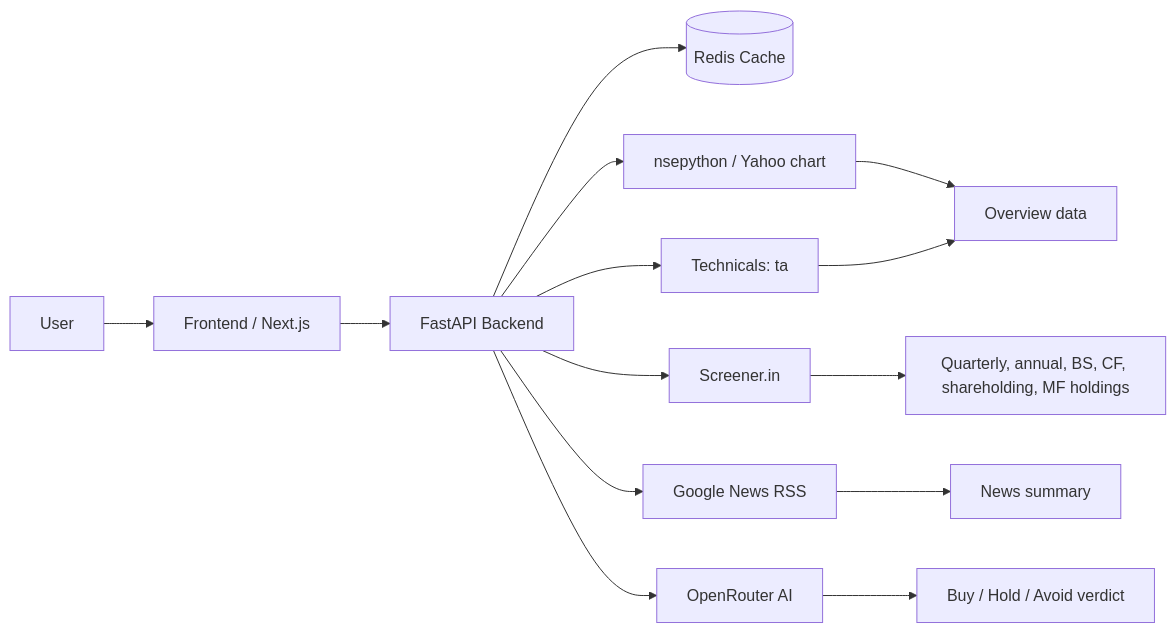
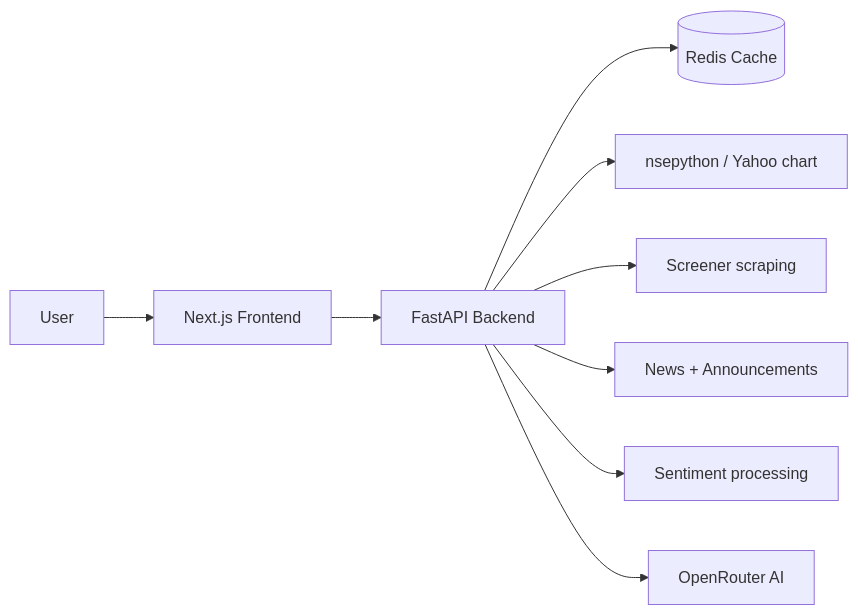
Before and after one commit to Pratham-r05/Stocxi.ai: the diagram in README.md, drawn with Mermaid. The commit also changed other lines of this file and 92 other files, not shown here.

````diff
--- a/README.md
+++ b/README.md
@@ -26,16 +39,11 @@
 ```mermaid
 flowchart LR
-	U[User] --> F[Frontend / Next.js]
-	F --> A[FastAPI Backend]
-	A --> R[(Redis Cache)]
-	A --> P[nsepython / Yahoo chart]
-	A --> S[Screener.in]
-	A --> T[Technicals: ta]
-	A --> N[Google News RSS]
-	A --> C[OpenRouter AI]
-	S --> M[Quarterly, annual, BS, CF, shareholding, MF holdings]
-	P --> O[Overview data]
-	T --> O
-	N --> V[News summary]
-	C --> Q[Buy / Hold / Avoid verdict]
+	U[User] --> F[Next.js Frontend]
+	F --> B[FastAPI Backend]
+	B --> R[(Redis Cache)]
+	B --> M1[nsepython / Yahoo chart]
+	B --> M2[Screener scraping]
+	B --> M3[News + Announcements]
+	B --> M4[Sentiment processing]
+	B --> AI[OpenRouter AI]
 ```
````
